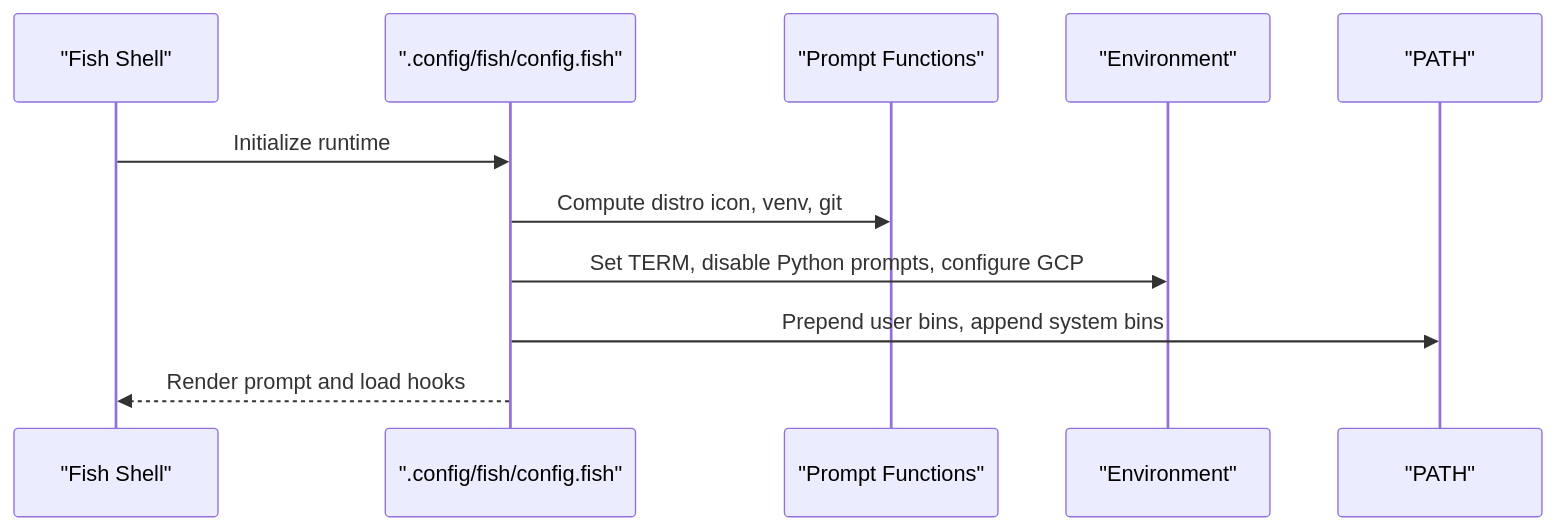
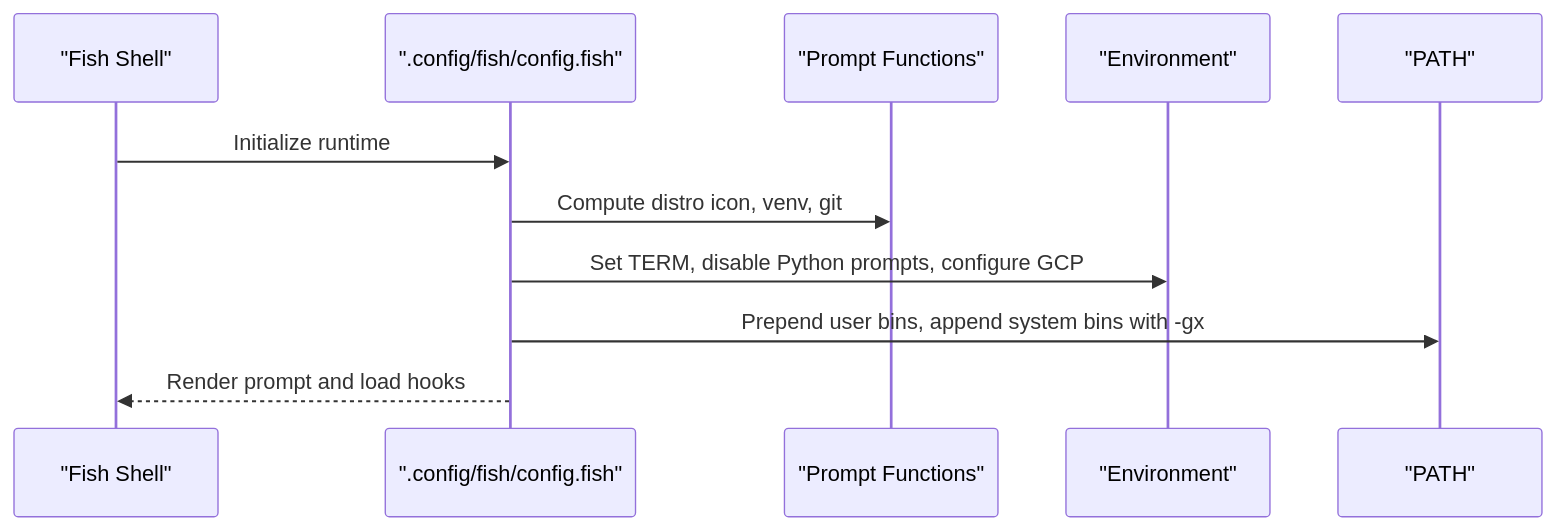
One commit to cr8ivecodesmith/dotfiles changed the fourth of 13 diagrams in .qoder/repowiki/en/content/Shell Configurations/Shell Configurations.md. Above: the diagram before and after it, drawn with Mermaid. The commit also changed other lines of this file and 5 other files, not shown here.

````diff
--- a/.qoder/repowiki/en/content/Shell Configurations/Shell Configurations.md
+++ b/.qoder/repowiki/en/content/Shell Configurations/Shell Configurations.md
@@ -199,13 +297,13 @@
 ```mermaid
 sequenceDiagram
 participant Fish as "Fish Shell"
 participant Init as ".config/fish/config.fish"
 participant Prompt as "Prompt Functions"
 participant Env as "Environment"
 participant PATH as "PATH"
 Fish->>Init : Initialize runtime
 Init->>Prompt : Compute distro icon, venv, git
 Init->>Env : Set TERM, disable Python prompts, configure GCP
-Init->>PATH : Prepend user bins, append system bins
+Init->>PATH : Prepend user bins, append system bins with -gx
 Init-->>Fish : Render prompt and load hooks
 ```
````
